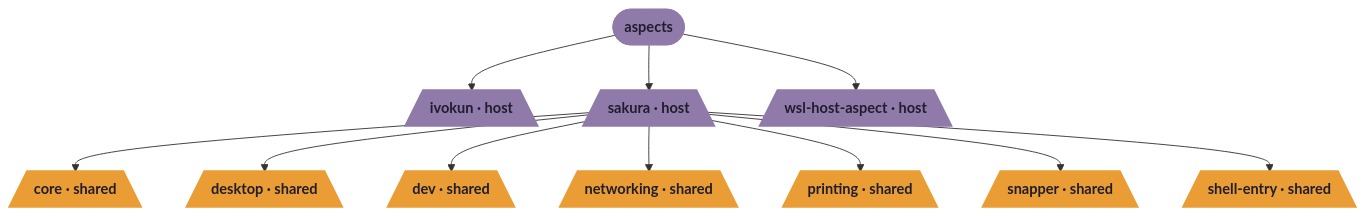
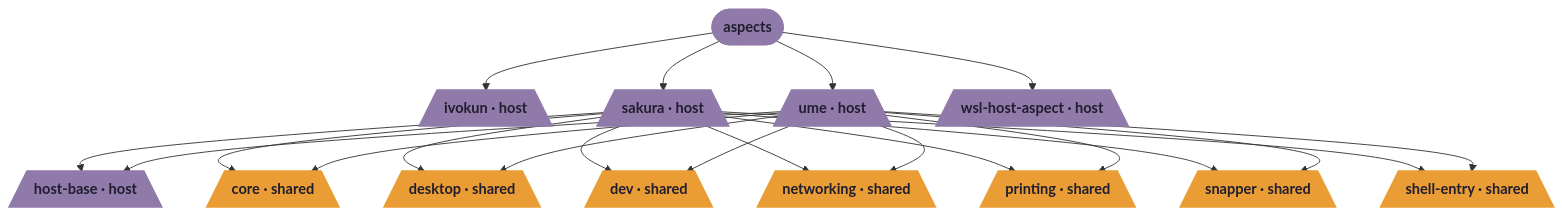
Before and after one commit to ivokun/kebun: the first of 6 diagrams in README.md, drawn with Mermaid. The commit also changed other lines of this file and 4 other files, not shown here.

First line of the commit message:
docs(hosts): document ume and the multi-host model

````diff
--- a/README.md
+++ b/README.md
@@ -68,37 +96,51 @@
 ```mermaid
 graph TD
   aspects([aspects]):::root
   core[/"core · shared"\]:::core_c
   desktop[/"desktop · shared"\]:::desktop_c
   dev[/"dev · shared"\]:::dev_c
+  host_base[/"host-base · host"\]:::host_base_c
   ivokun[/"ivokun · host"\]:::ivokun_c
   networking[/"networking · shared"\]:::networking_c
   printing[/"printing · shared"\]:::printing_c
   sakura[/"sakura · host"\]:::sakura_c
   shell_entry[/"shell-entry · shared"\]:::shell_entry_c
   snapper[/"snapper · shared"\]:::snapper_c
+  ume[/"ume · host"\]:::ume_c
   wsl_host_aspect[/"wsl-host-aspect · host"\]:::wsl_host_aspect_c
 
   aspects --> ivokun
   aspects --> sakura
+  aspects --> ume
   aspects --> wsl_host_aspect
+  sakura --> host_base
   sakura --> core
   sakura --> desktop
   sakura --> dev
   sakura --> networking
   sakura --> printing
   sakura --> snapper
   sakura --> shell_entry
+  ume --> host_base
+  ume --> core
+  ume --> desktop
+  ume --> dev
+  ume --> networking
+  ume --> printing
+  ume --> snapper
+  ume --> shell_entry
 
   classDef root fill:#907aa9,stroke:#907aa9,color:#1f1d2e,font-weight:bold
   classDef core_c fill:#ea9d34,stroke:#ea9d34,color:#1f1d2e,stroke-width:2px
   classDef desktop_c fill:#ea9d34,stroke:#ea9d34,color:#1f1d2e,stroke-width:2px
   classDef dev_c fill:#ea9d34,stroke:#ea9d34,color:#1f1d2e,stroke-width:2px
+  classDef host_base_c fill:#907aa9,stroke:#907aa9,color:#1f1d2e,stroke-width:2px
   classDef ivokun_c fill:#907aa9,stroke:#907aa9,color:#1f1d2e,stroke-width:2px
   classDef networking_c fill:#ea9d34,stroke:#ea9d34,color:#1f1d2e,stroke-width:2px
   classDef printing_c fill:#ea9d34,stroke:#ea9d34,color:#1f1d2e,stroke-width:2px
   classDef sakura_c fill:#907aa9,stroke:#907aa9,color:#1f1d2e,stroke-width:2px
   classDef shell_entry_c fill:#ea9d34,stroke:#ea9d34,color:#1f1d2e,stroke-width:2px
   classDef snapper_c fill:#ea9d34,stroke:#ea9d34,color:#1f1d2e,stroke-width:2px
+  classDef ume_c fill:#907aa9,stroke:#907aa9,color:#1f1d2e,stroke-width:2px
   classDef wsl_host_aspect_c fill:#907aa9,stroke:#907aa9,color:#1f1d2e,stroke-width:2px
 ```
````
